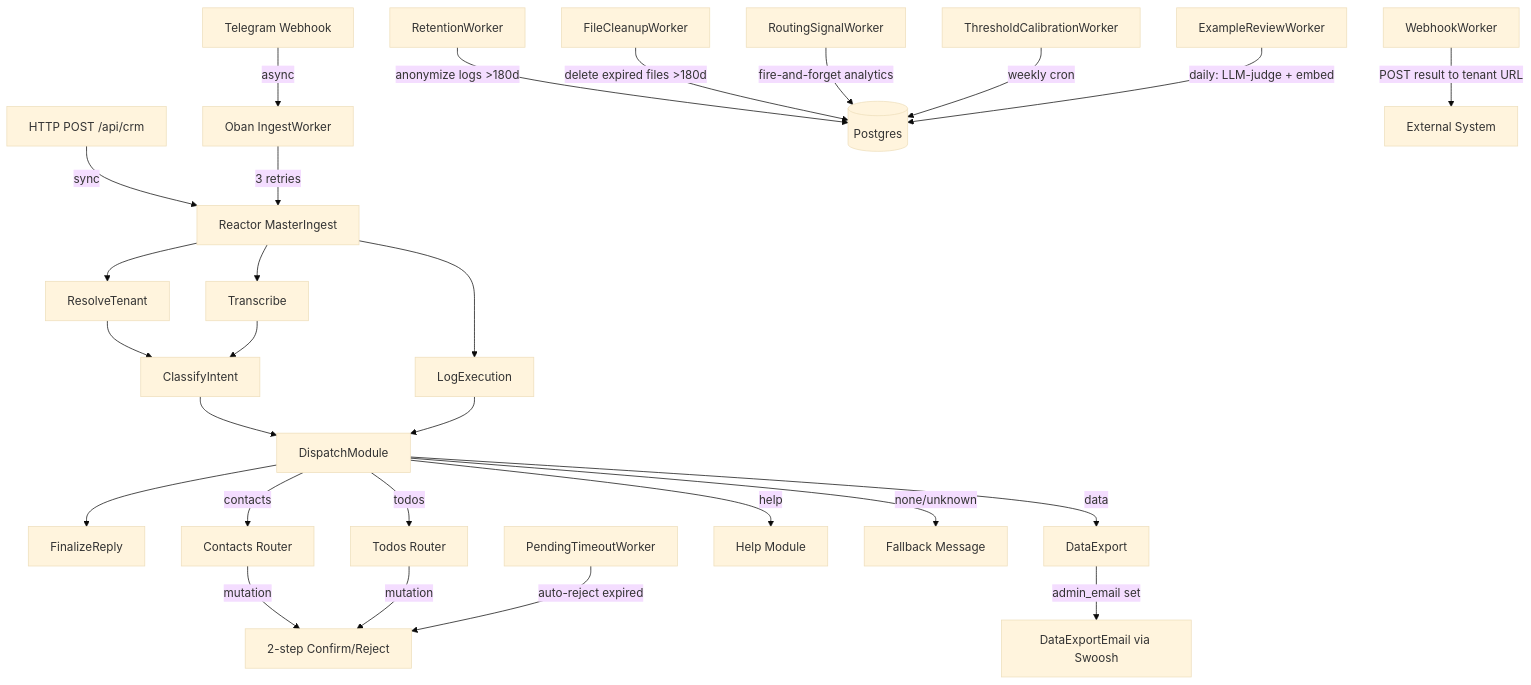
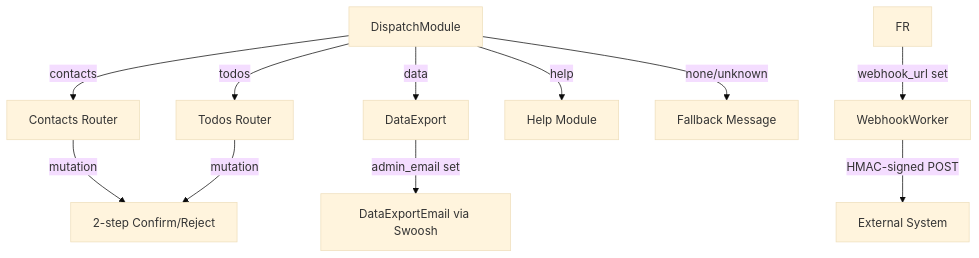
Before and after one commit to ndrean/reactor-crm_ex: the second of 9 diagrams in README.md, drawn with Mermaid (base theme). The commit also changed other lines of this file, not shown here.

````diff
--- a/README.md
+++ b/README.md
@@ -10,33 +31,15 @@
 ```mermaid
 graph TB
-    A[HTTP POST /api/crm] -->|sync| R[Reactor MasterIngest]
-    T[Telegram Webhook] -->|async| O[Oban IngestWorker]
-    O -->|3 retries| R
-
-    R --> RT[ResolveTenant]
-    R --> TR[Transcribe]
-    R --> LE[LogExecution]
-    RT --> CI[ClassifyIntent]
-    TR --> CI
-    CI --> DM[DispatchModule]
-    LE --> DM
-    DM --> FR[FinalizeReply]
-
-    DM -->|contacts| C[Contacts Router]
+    DM[DispatchModule] -->|contacts| C[Contacts Router]
     DM -->|todos| TD[Todos Router]
     DM -->|data| DE[DataExport]
     DM -->|help| H[Help Module]
     DM -->|none/unknown| FB[Fallback Message]
 
     C -->|mutation| M[2-step Confirm/Reject]
     TD -->|mutation| M
+    DE -->|admin_email set| EM[DataExportEmail via Swoosh]
 
-    DE -->|admin_email set| EM[DataExportEmail via Swoosh]
-    PT[PendingTimeoutWorker] -->|auto-reject expired| M
-    RW[RetentionWorker] -->|anonymize logs >180d| DB[(Postgres)]
-    FCW[FileCleanupWorker] -->|delete expired files >180d| DB
-    RSW[RoutingSignalWorker] -->|fire-and-forget analytics| DB
-    TCW[ThresholdCalibrationWorker] -->|weekly cron| DB
-    ERW[ExampleReviewWorker] -->|daily: LLM-judge + embed| DB
-    WH[WebhookWorker] -->|POST result to tenant URL| EXT[External System]
+    FR -->|webhook_url set| WH[WebhookWorker]
+    WH -->|HMAC-signed POST| EXT[External System]
 ```
````
